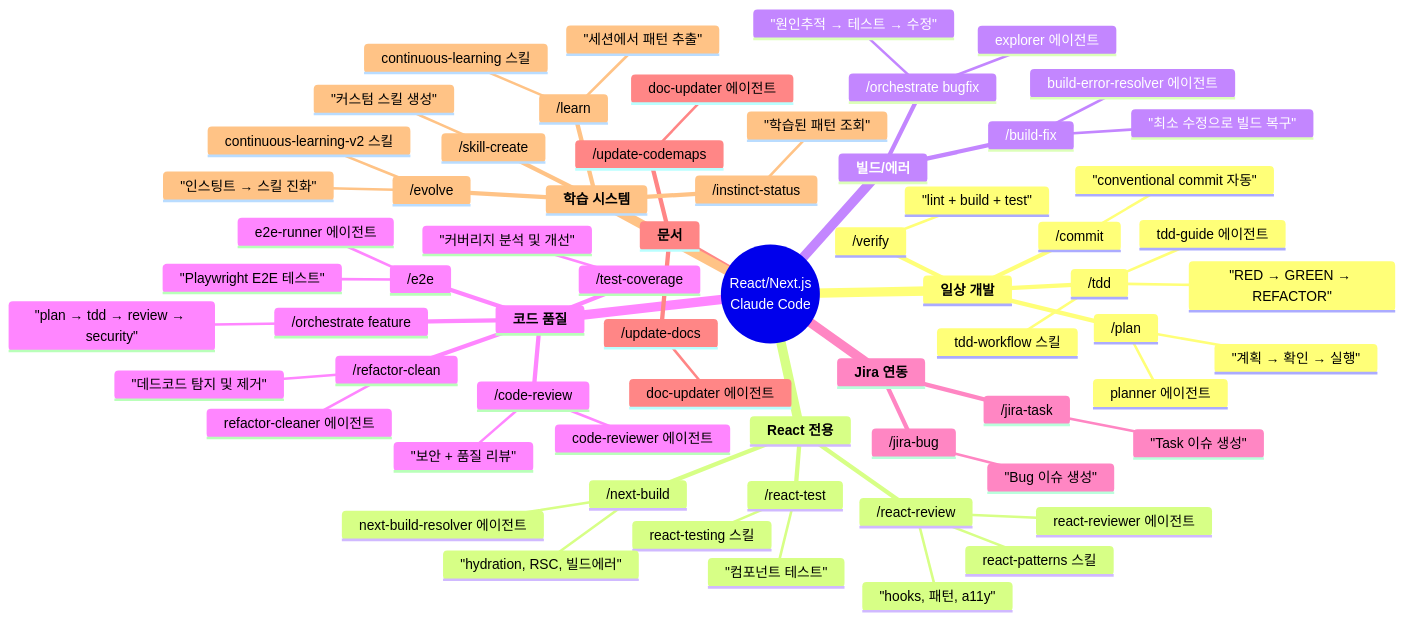
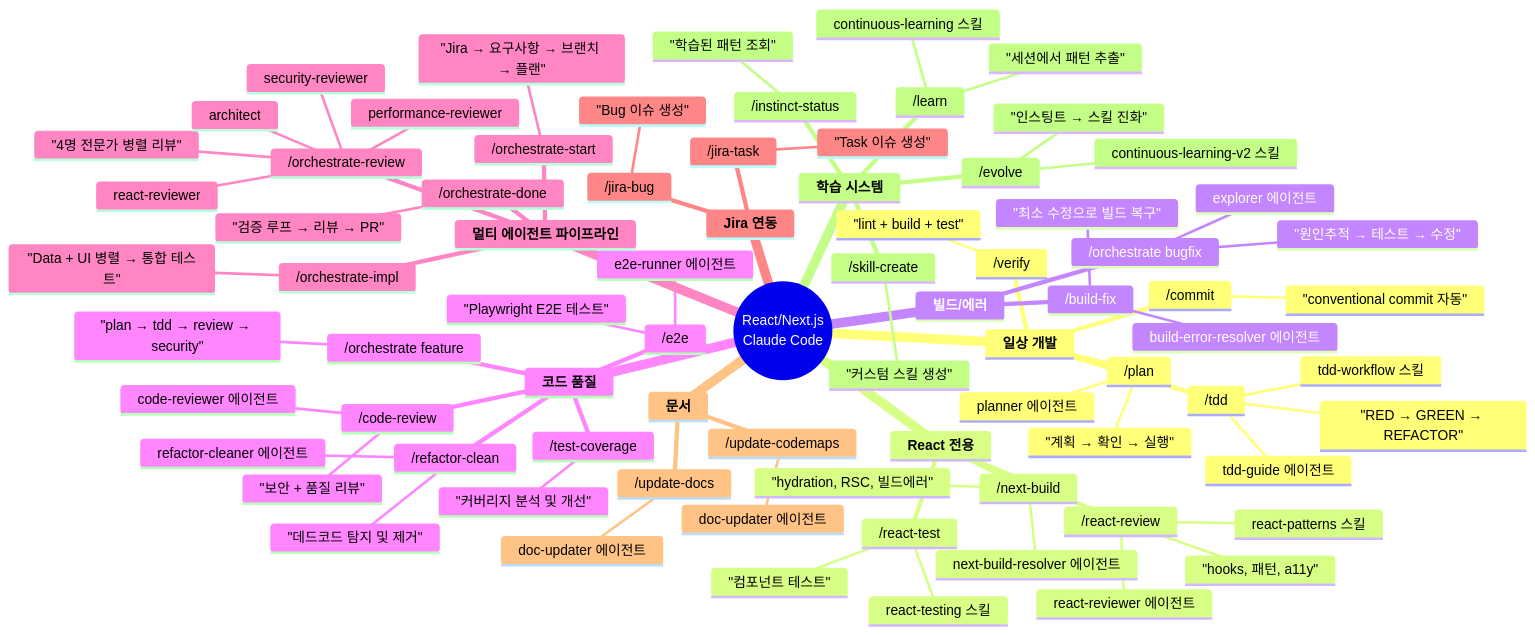
One commit to wooinwoo/claude-code changed the first of 10 diagrams in docs/react-next-guide.md. Above: the diagram before and after it, drawn with Mermaid. The commit also changed other lines of this file and 7 other files, not shown here.

First line of the commit message:
feat: React/Next.js 멀티 에이전트 orchestrate 파이프라인 추가

````diff
--- a/docs/react-next-guide.md
+++ b/docs/react-next-guide.md
@@ -5,69 +5,82 @@
 ```mermaid
 mindmap
   root((React/Next.js<br/>Claude Code))
     **일상 개발**
       /plan
         planner 에이전트
         "계획 → 확인 → 실행"
       /tdd
         tdd-guide 에이전트
         tdd-workflow 스킬
         "RED → GREEN → REFACTOR"
       /commit
         "conventional commit 자동"
       /verify
         "lint + build + test"
     **React 전용**
       /react-review
         react-reviewer 에이전트
         react-patterns 스킬
         "hooks, 패턴, a11y"
       /react-test
         react-testing 스킬
         "컴포넌트 테스트"
       /next-build
         next-build-resolver 에이전트
         "hydration, RSC, 빌드에러"
     **빌드/에러**
       /build-fix
         build-error-resolver 에이전트
         "최소 수정으로 빌드 복구"
       /orchestrate bugfix
         explorer 에이전트
         "원인추적 → 테스트 → 수정"
     **코드 품질**
       /code-review
         code-reviewer 에이전트
         "보안 + 품질 리뷰"
       /orchestrate feature
         "plan → tdd → review → security"
       /refactor-clean
         refactor-cleaner 에이전트
         "데드코드 탐지 및 제거"
       /e2e
         e2e-runner 에이전트
         "Playwright E2E 테스트"
       /test-coverage
         "커버리지 분석 및 개선"
+    **멀티 에이전트 파이프라인**
+      /orchestrate-start
+        "Jira → 요구사항 → 브랜치 → 플랜"
+      /orchestrate-review
+        "4명 전문가 병렬 리뷰"
+        react-reviewer
+        performance-reviewer
+        security-reviewer
+        architect
+      /orchestrate-impl
+        "Data + UI 병렬 → 통합 테스트"
+      /orchestrate-done
+        "검증 루프 → 리뷰 → PR"
     **Jira 연동**
       /jira-bug
         "Bug 이슈 생성"
       /jira-task
         "Task 이슈 생성"
     **문서**
       /update-docs
         doc-updater 에이전트
       /update-codemaps
         doc-updater 에이전트
     **학습 시스템**
       /learn
         continuous-learning 스킬
         "세션에서 패턴 추출"
       /skill-create
         "커스텀 스킬 생성"
       /evolve
         continuous-learning-v2 스킬
         "인스팅트 → 스킬 진화"
       /instinct-status
         "학습된 패턴 조회"
 ```
````
